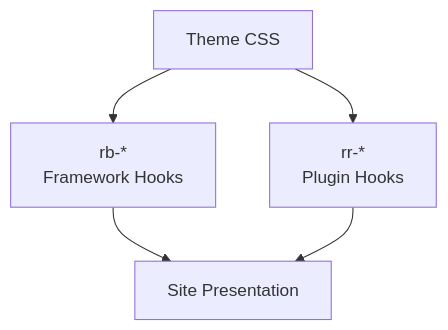
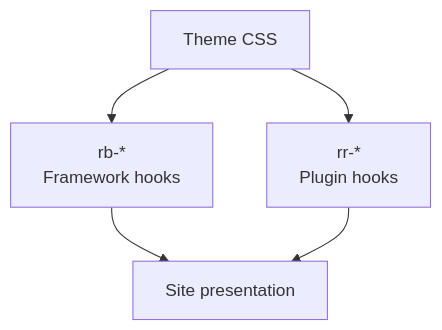
Before and after one commit to Rerurate514/riebeckite: the sixth of 10 diagrams in docs/docs/reference/theme-api.md, drawn with Mermaid. The commit also changed other lines of this file and 604 other files, not shown here.

````diff
--- a/docs/docs/reference/theme-api.md
+++ b/docs/docs/reference/theme-api.md
@@ -714,10 +431,10 @@
-```mermaid id="k4vqej"
+```mermaid
 flowchart TD
     Theme["Theme CSS"]
 
-    Theme --> Framework["rb-*<br/>Framework Hooks"]
-    Theme --> Plugin["rr-*<br/>Plugin Hooks"]
+    Theme --> Framework["rb-*<br/>Framework hooks"]
+    Theme --> Plugin["rr-*<br/>Plugin hooks"]
 
-    Framework --> Site["Site Presentation"]
+    Framework --> Site["Site presentation"]
     Plugin --> Site
 ```
````
